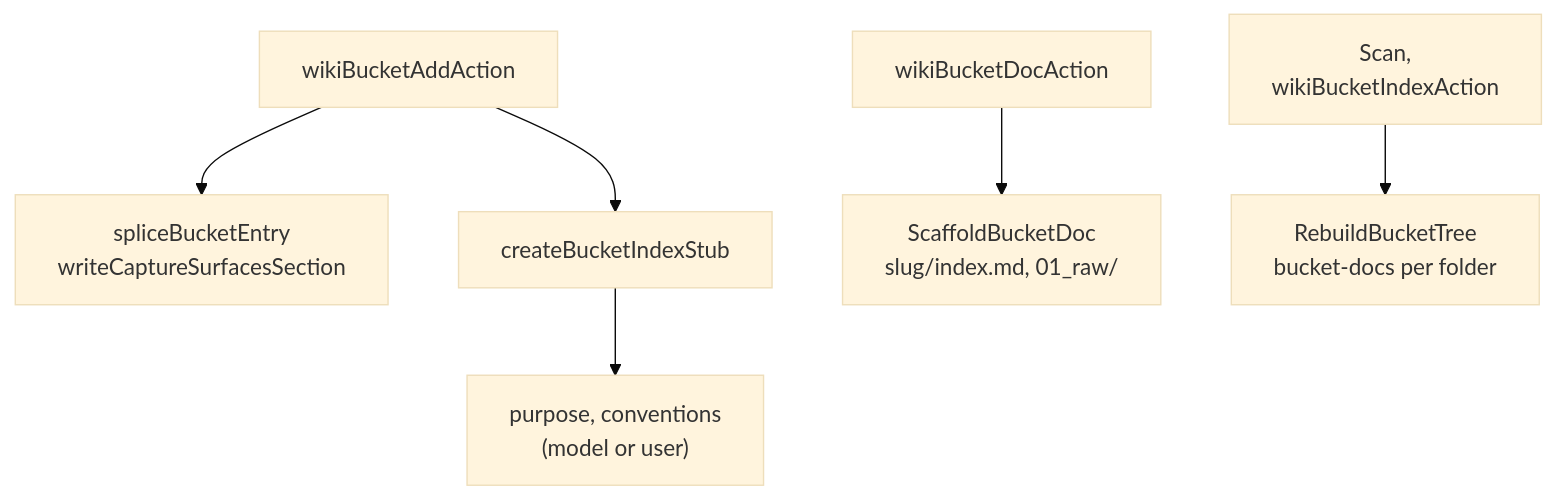
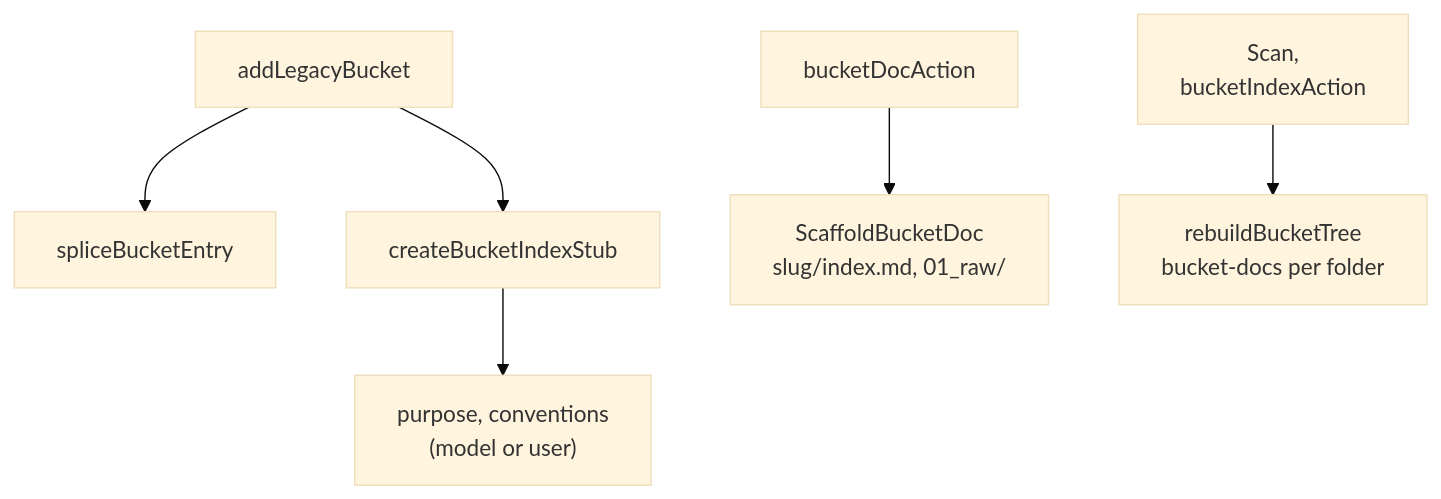
One commit to damusix/atomic-claude changed diagram 11 of 15 in docs/wiki/wiki.md. Above: the diagram before and after it, drawn with Mermaid (base theme). The commit also changed other lines of this file and 145 other files, not shown here.

````diff
--- a/docs/wiki/wiki.md
+++ b/docs/wiki/wiki.md
@@ -179,9 +311,9 @@
 ```mermaid
 flowchart TD
-    %% source: docs/design/wiki-buckets.md, atomic/internal/wiki/action.go (wikiBucketAddAction, wikiBucketDocAction, wikiBucketIndexAction), atomic/internal/wiki/bucket_registry.go, atomic/internal/wiki/bucketdoc.go, atomic/internal/wiki/bucketindex.go
-    ADD["wikiBucketAddAction"] --> REG["spliceBucketEntry<br/>writeCaptureSurfacesSection"]
+    %% source: docs/design/wiki-buckets.md, atomic/internal/wiki/action.go (addLegacyBucket, bucketDocAction, bucketIndexAction), atomic/internal/wiki/bucket_registry.go, atomic/internal/wiki/bucketdoc.go, atomic/internal/wiki/bucketindex.go
+    ADD["addLegacyBucket"] --> REG["spliceBucketEntry"]
     ADD --> STUB["createBucketIndexStub"]
     STUB --> FILL["purpose, conventions<br/>(model or user)"]
-    DOC["wikiBucketDocAction"] --> ITEM["ScaffoldBucketDoc<br/>slug/index.md, 01_raw/"]
-    IDX["Scan,<br/>wikiBucketIndexAction"] --> TREE["RebuildBucketTree<br/>bucket-docs per folder"]
+    DOC["bucketDocAction"] --> ITEM["ScaffoldBucketDoc<br/>slug/index.md, 01_raw/"]
+    IDX["Scan,<br/>bucketIndexAction"] --> TREE["rebuildBucketTree<br/>bucket-docs per folder"]
 ```
````
